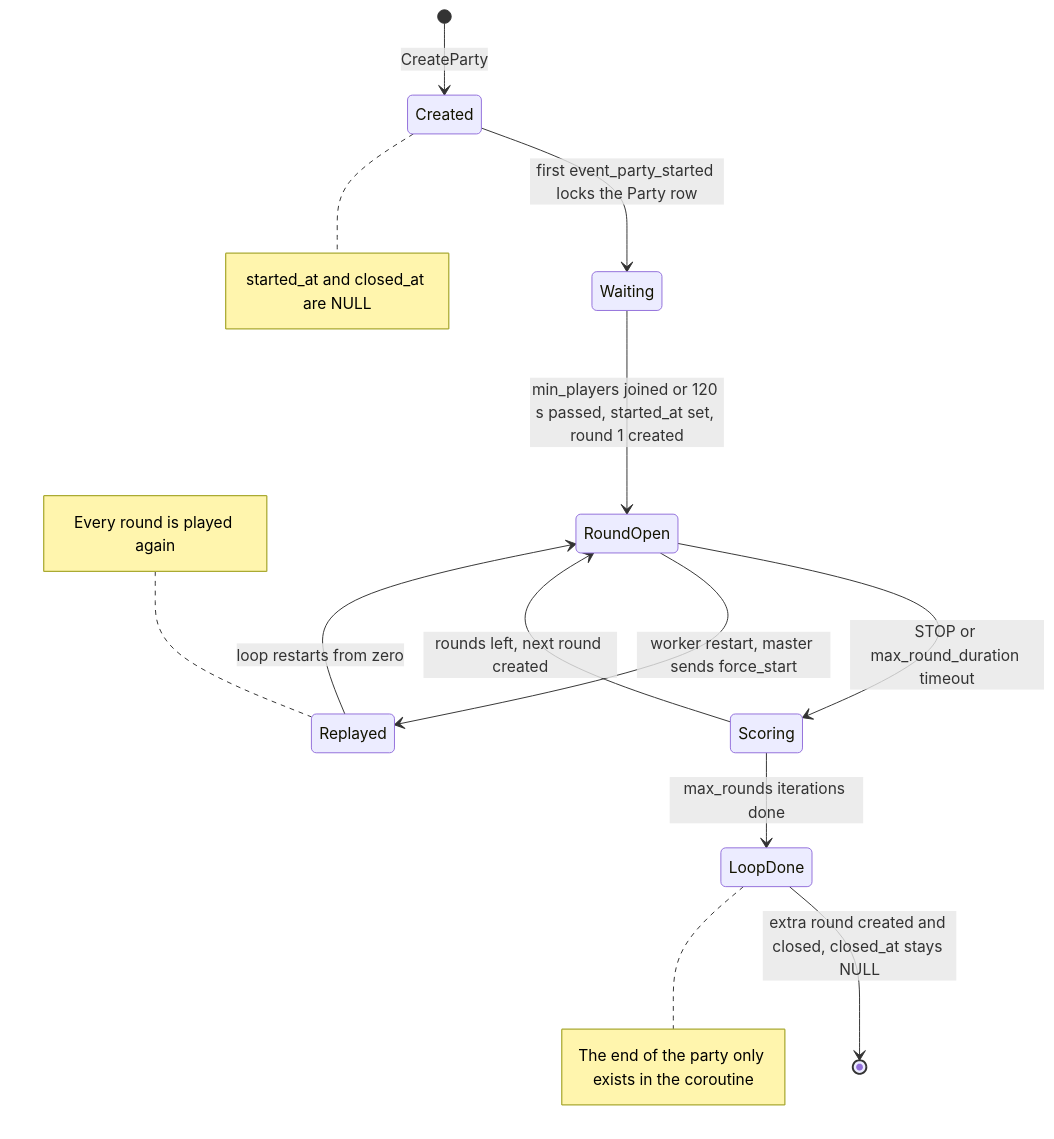
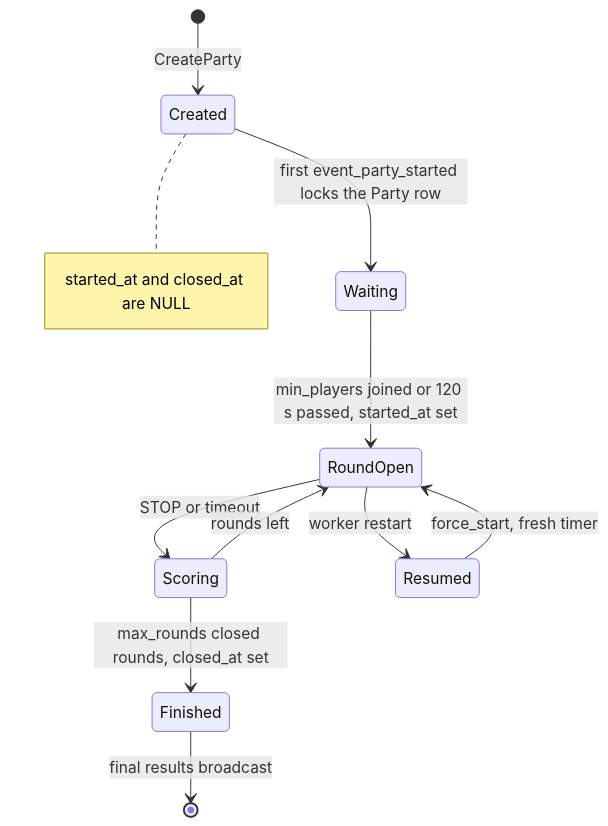
Before and after one commit to DanielGnzlzVll/AACX: the third of 5 diagrams in docs/architecture.md, drawn with Mermaid. The commit also changed other lines of this file and 3 other files, not shown here.

````diff
--- a/docs/architecture.md
+++ b/docs/architecture.md
@@ -197,22 +203,16 @@
 ```mermaid
 stateDiagram-v2
     [*] --> Created: CreateParty
     Created --> Waiting: first event_party_started locks the Party row
-    Waiting --> RoundOpen: min_players joined or 120 s passed, started_at set, round 1 created
-    RoundOpen --> Scoring: STOP or max_round_duration timeout
-    Scoring --> RoundOpen: rounds left, next round created
-    Scoring --> LoopDone: max_rounds iterations done
-    LoopDone --> [*]: extra round created and closed, closed_at stays NULL
-    RoundOpen --> Replayed: worker restart, master sends force_start
-    Replayed --> RoundOpen: loop restarts from zero
+    Waiting --> RoundOpen: min_players joined or 120 s passed, started_at set
+    RoundOpen --> Scoring: STOP or timeout
+    Scoring --> RoundOpen: rounds left
+    Scoring --> Finished: max_rounds closed rounds, closed_at set
+    Finished --> [*]: final results broadcast
+    RoundOpen --> Resumed: worker restart
+    Resumed --> RoundOpen: force_start, fresh timer
 
     note right of Created
         started_at and closed_at are NULL
     end note
-    note right of LoopDone
-        The end of the party only exists in the coroutine
-    end note
-    note left of Replayed
-        Every round is played again
-    end note
 ```
````
